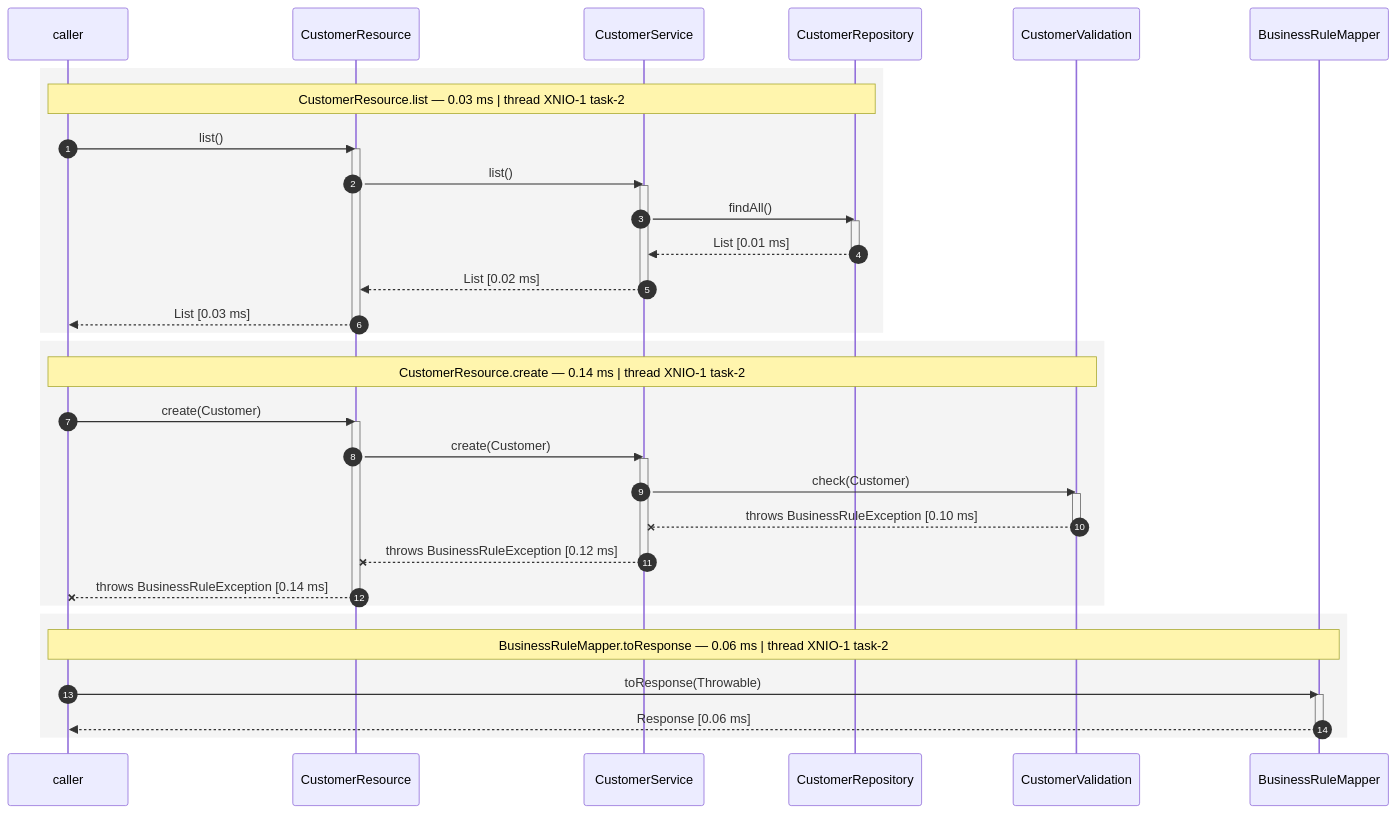
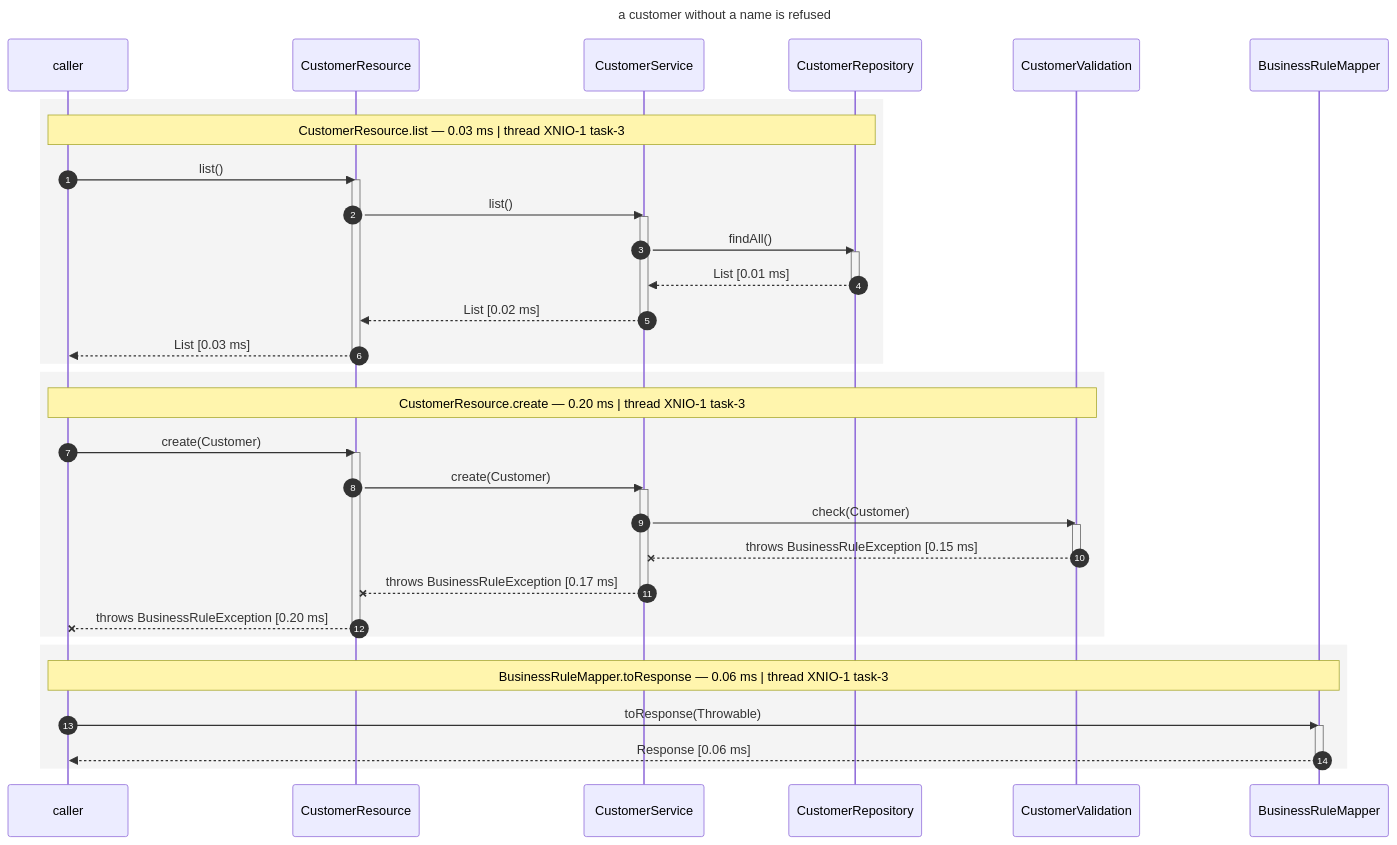
One commit to os890/dynamic-cdi-flow-renderer changed the second of 4 diagrams in cdi-flow-examples/cdi-flow-examples-jakarta-crud/README.md. Above: the diagram before and after it, drawn with Mermaid. The commit also changed other lines of this file and 16 other files, not shown here.

````diff
--- a/cdi-flow-examples/cdi-flow-examples-jakarta-crud/README.md
+++ b/cdi-flow-examples/cdi-flow-examples-jakarta-crud/README.md
@@ -180,47 +184,50 @@
 ```mermaid
+---
+title: "a customer without a name is refused"
+---
 sequenceDiagram
     autonumber
     participant Caller as caller
     participant CustomerResource
     participant CustomerService
     participant CustomerRepository
     participant CustomerValidation
     participant BusinessRuleMapper
     rect rgb(244, 244, 244)
-        Note over Caller,CustomerRepository: CustomerResource.list — 0.03 ms | thread XNIO-1 task-2
+        Note over Caller,CustomerRepository: CustomerResource.list — 0.03 ms | thread XNIO-1 task-3
         Caller->>CustomerResource: list()
         activate CustomerResource
             CustomerResource->>CustomerService: list()
             activate CustomerService
                 CustomerService->>CustomerRepository: findAll()
                 activate CustomerRepository
                 CustomerRepository-->>CustomerService: List [0.01 ms]
                 deactivate CustomerRepository
             CustomerService-->>CustomerResource: List [0.02 ms]
             deactivate CustomerService
         CustomerResource-->>Caller: List [0.03 ms]
         deactivate CustomerResource
     end
     rect rgb(244, 244, 244)
-        Note over Caller,CustomerValidation: CustomerResource.create — 0.14 ms | thread XNIO-1 task-2
+        Note over Caller,CustomerValidation: CustomerResource.create — 0.20 ms | thread XNIO-1 task-3
         Caller->>CustomerResource: create(Customer)
         activate CustomerResource
             CustomerResource->>CustomerService: create(Customer)
             activate CustomerService
                 CustomerService->>CustomerValidation: check(Customer)
                 activate CustomerValidation
-                CustomerValidation--xCustomerService: throws BusinessRuleException [0.10 ms]
+                CustomerValidation--xCustomerService: throws BusinessRuleException [0.15 ms]
                 deactivate CustomerValidation
-            CustomerService--xCustomerResource: throws BusinessRuleException [0.12 ms]
+            CustomerService--xCustomerResource: throws BusinessRuleException [0.17 ms]
             deactivate CustomerService
-        CustomerResource--xCaller: throws BusinessRuleException [0.14 ms]
+        CustomerResource--xCaller: throws BusinessRuleException [0.20 ms]
         deactivate CustomerResource
     end
     rect rgb(244, 244, 244)
-        Note over Caller,BusinessRuleMapper: BusinessRuleMapper.toResponse — 0.06 ms | thread XNIO-1 task-2
+        Note over Caller,BusinessRuleMapper: BusinessRuleMapper.toResponse — 0.06 ms | thread XNIO-1 task-3
         Caller->>BusinessRuleMapper: toResponse(Throwable)
         activate BusinessRuleMapper
         BusinessRuleMapper-->>Caller: Response [0.06 ms]
         deactivate BusinessRuleMapper
     end
 ```
````
